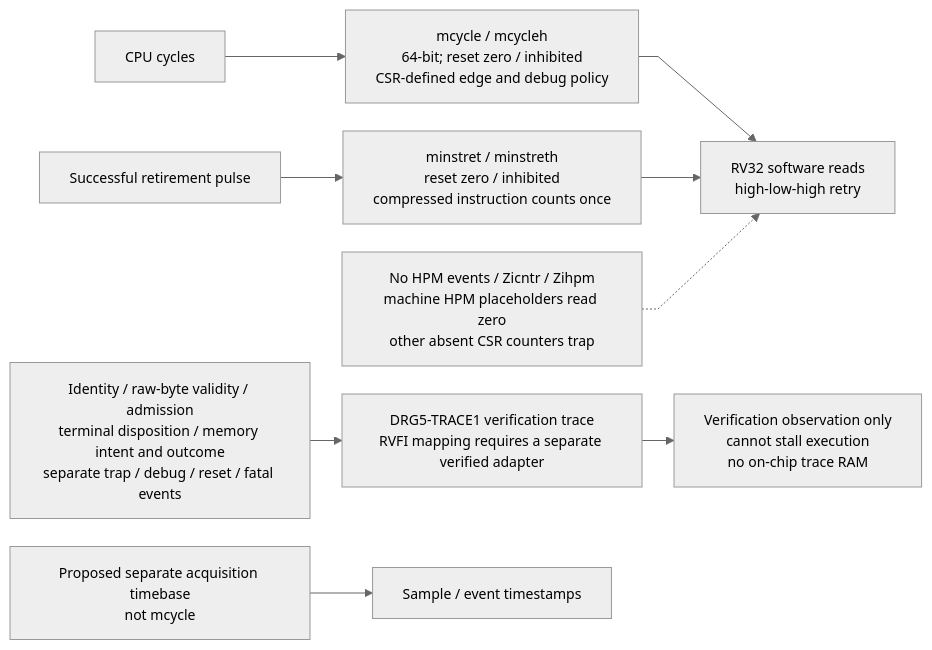
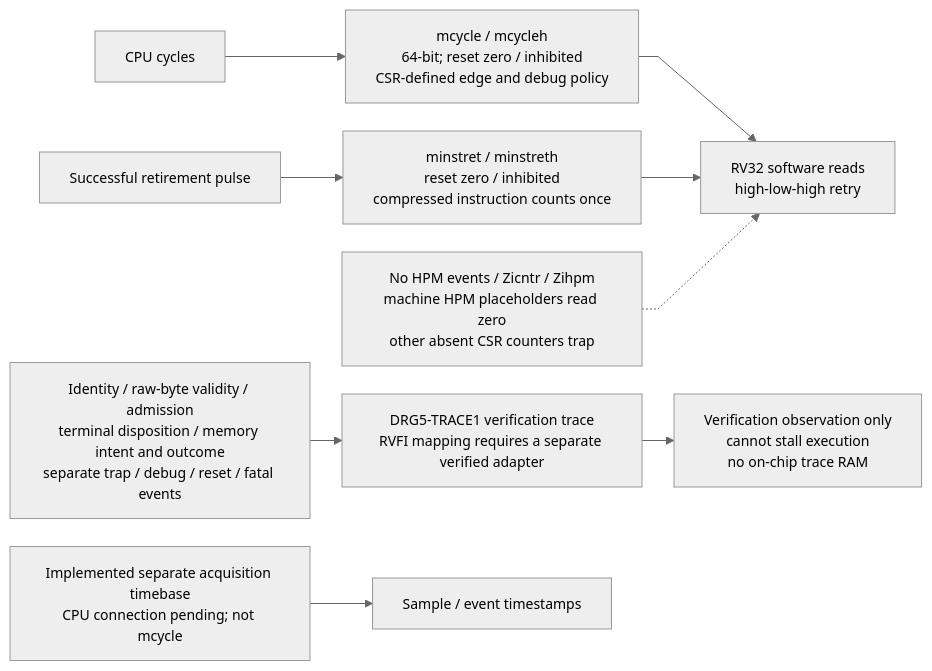
Before and after one commit to baolgn/DRG-pain-project: diagram 21 of 24 in microcontroller/rtl/README.md, drawn with Mermaid. The commit also changed other lines of this file and 203 other files, not shown here.

Commit message:
feat(acquisition): add fixed-grid timebase and scheduler

````diff
--- a/microcontroller/rtl/README.md
+++ b/microcontroller/rtl/README.md
@@ -520,13 +520,13 @@
 ```mermaid
 %%{init: {"theme":"neutral","themeVariables":{"fontFamily":"Arial,sans-serif","fontSize":"14px"},"flowchart":{"htmlLabels":true,"minNodeWidth":0,"wrappingWidth":240,"nodeSpacing":28,"rankSpacing":32,"curve":"linear"}}}%%
 flowchart LR
     CLK["CPU cycles"] --> CYC["mcycle / mcycleh<br/>64-bit; reset zero / inhibited<br/>CSR-defined edge and debug policy"]
     RET["Successful retirement pulse"] --> INST["minstret / minstreth<br/>reset zero / inhibited<br/>compressed instruction counts once"]
     ABSENT["No HPM events / Zicntr / Zihpm<br/>machine HPM placeholders read zero<br/>other absent CSR counters trap"]
     TOK["Identity / raw-byte validity / admission<br/>terminal disposition / memory intent and outcome<br/>separate trap / debug / reset / fatal events"] --> TRACE["DRG5-TRACE1 verification trace<br/>RVFI mapping requires a separate verified adapter"]
     CYC --> READ["RV32 software reads<br/>high-low-high retry"]
     INST --> READ
     TRACE --> OBS["Verification observation only<br/>cannot stall execution<br/>no on-chip trace RAM"]
-    TIME["Proposed separate acquisition timebase<br/>not mcycle"] --> ADC["Sample / event timestamps"]
+    TIME["Implemented separate acquisition timebase<br/>CPU connection pending; not mcycle"] --> ADC["Sample / event timestamps"]
     ABSENT -.-> READ
 ```
````
